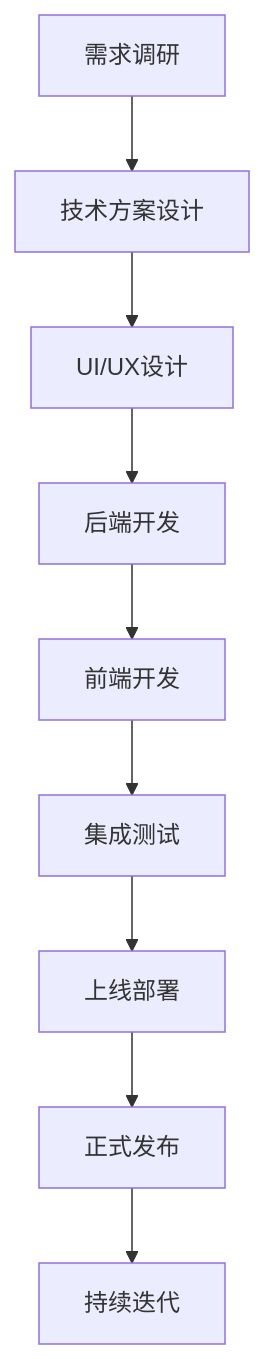
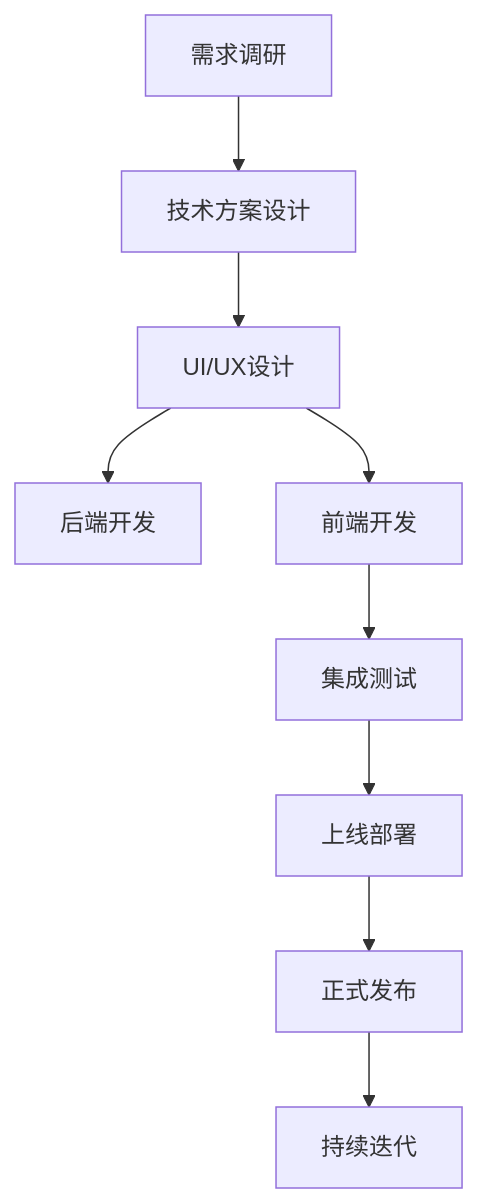
Before and after one commit to funnyData/iodraw-files: the diagram in all/未命名-4.md, drawn with Mermaid.

Commit message:
2025-03-27 14:19:18 update

````diff
--- a/all/未命名-4.md
+++ b/all/未命名-4.md
@@ -1,11 +1,11 @@
 ```mermaid
 flowchart TD
     A[需求调研] --> B[技术方案设计]
     B --> C[UI/UX设计]
     C --> D[后端开发]
-    D --> E[前端开发]
+    C --> E[前端开发]
     E --> F[集成测试]
     F --> G[上线部署]
     G --> H[正式发布]
     H --> I[持续迭代]
 ```
````
